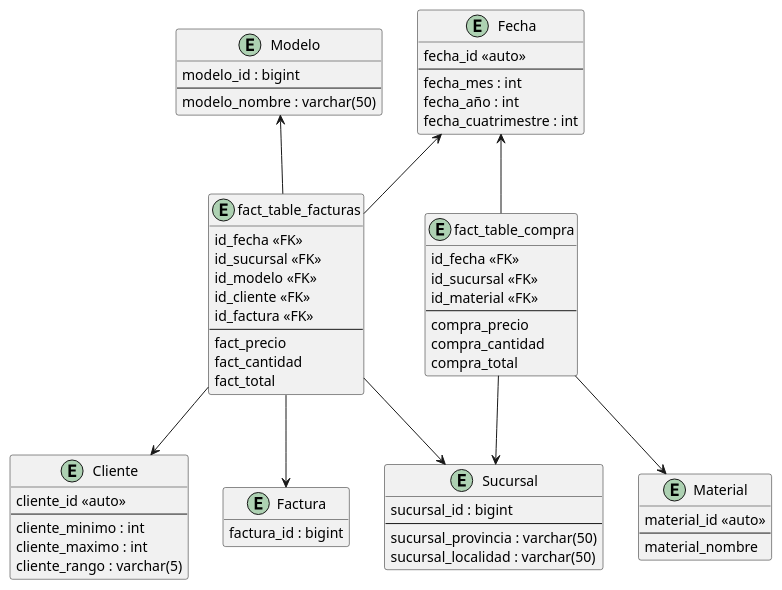
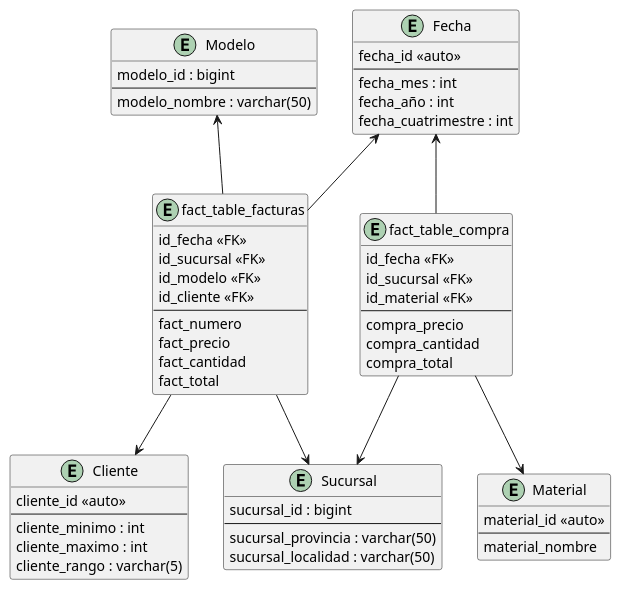
The diagram in BI.puml (JuanManuelRama/BasesDeDatos), drawn with PlantUML before and after one commit. The commit also changed 1 other file, not shown here.

```diff
--- a/BI.puml
+++ b/BI.puml
@@ -1,78 +1,73 @@
 @startuml BI
 hide methods
 
 entity Sucursal {
     sucursal_id : bigint
     --
     sucursal_provincia : varchar(50)
     sucursal_localidad : varchar(50)
 }
 
 entity Cliente {
     cliente_id <<auto>>
     --
     cliente_minimo : int
     cliente_maximo : int
     cliente_rango : varchar(5)
 }
 
 entity Modelo {
     modelo_id : bigint
     --
     modelo_nombre : varchar(50)
 }
 
 entity Fecha {
     fecha_id <<auto>>
     --
     fecha_mes : int
     fecha_año : int
     fecha_cuatrimestre : int
 }
 
-entity Factura {
-    factura_id : bigint
-}
-
 entity Material {
     material_id <<auto>>
     --
     material_nombre
 }
 
 entity fact_table_facturas {
     id_fecha <<FK>>
     id_sucursal <<FK>>
     id_modelo <<FK>>
     id_cliente <<FK>>
-    id_factura <<FK>>
     --
+    fact_numero
     fact_precio
     fact_cantidad
     fact_total
 }
 
 entity fact_table_compra {
     id_fecha <<FK>>
     id_sucursal <<FK>>
     id_material <<FK>>
     --
     compra_precio
     compra_cantidad
     compra_total
 }
 
 fact_table_facturas --> Cliente
 fact_table_facturas --> Sucursal
 Fecha <-- fact_table_facturas
 Modelo <-- fact_table_facturas
-fact_table_facturas --> Factura
 
 Fecha <-- fact_table_compra
 fact_table_compra --> Sucursal
 fact_table_compra --> Material
 
 
 
 
 @enduml
```
